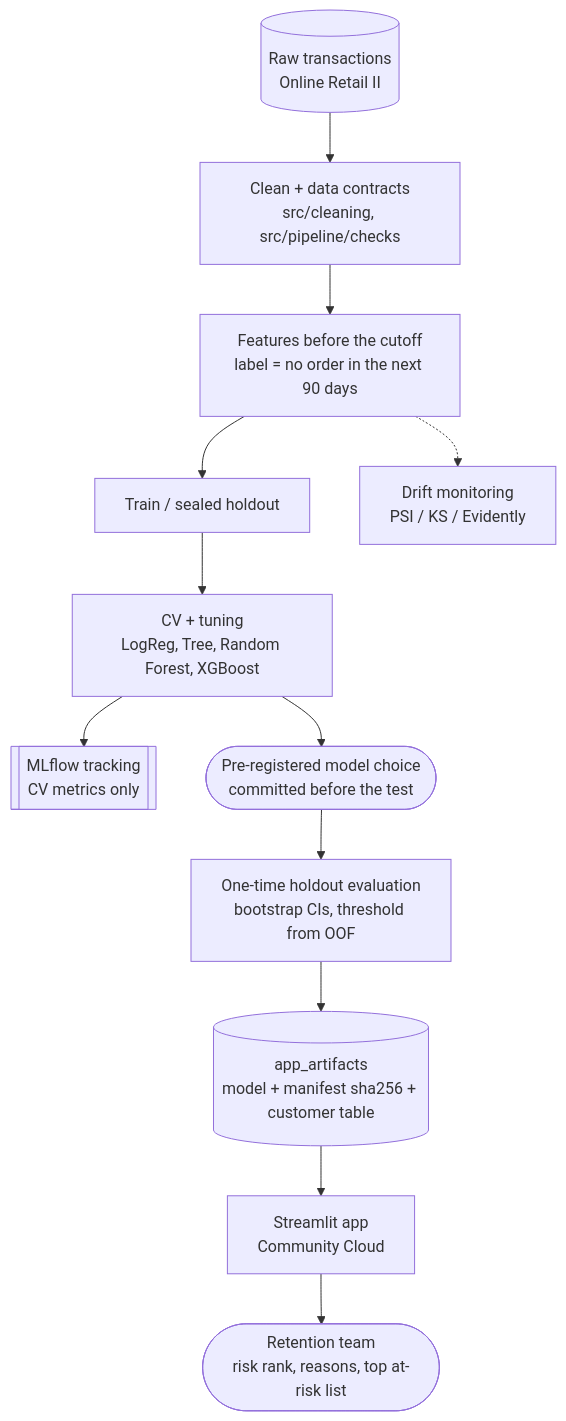
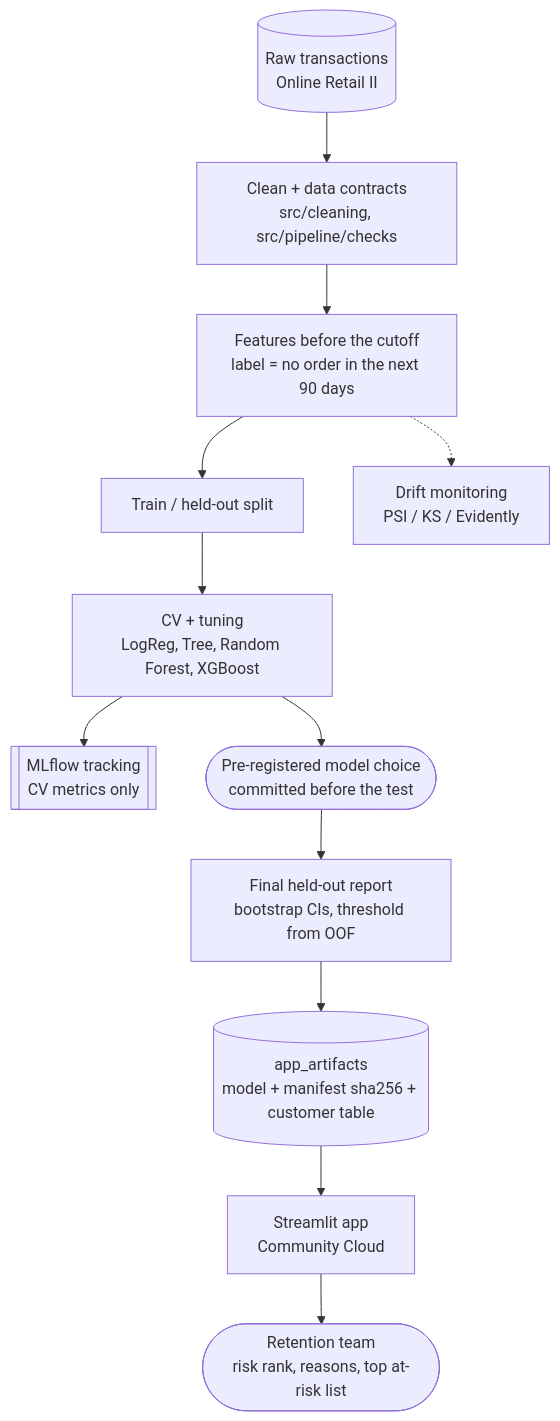
Before and after one commit to rkkumar945/ecommerce-churn-project: the second of 2 diagrams in README.md, drawn with Mermaid. The commit also changed other lines of this file and 6 other files, not shown here.

````diff
--- a/README.md
+++ b/README.md
@@ -100,14 +102,14 @@
 ```mermaid
 flowchart TD
     A[("Raw transactions<br/>Online Retail II")] --> B["Clean + data contracts<br/>src/cleaning, src/pipeline/checks"]
     B --> C["Features before the cutoff<br/>label = no order in the next 90 days"]
-    C --> D["Train / sealed holdout"]
+    C -->     D["Train / held-out split"]
     D --> E["CV + tuning<br/>LogReg, Tree, Random Forest, XGBoost"]
     E --> F[["MLflow tracking<br/>CV metrics only"]]
     E --> G(["Pre-registered model choice<br/>committed before the test"])
-    G --> H["One-time holdout evaluation<br/>bootstrap CIs, threshold from OOF"]
+    G --> H["Final held-out report<br/>bootstrap CIs, threshold from OOF"]
     H --> I[("app_artifacts<br/>model + manifest sha256 + customer table")]
     I --> J["Streamlit app<br/>Community Cloud"]
     C -.-> K["Drift monitoring<br/>PSI / KS / Evidently"]
     J --> L(["Retention team<br/>risk rank, reasons, top at-risk list"])
 ```
````
